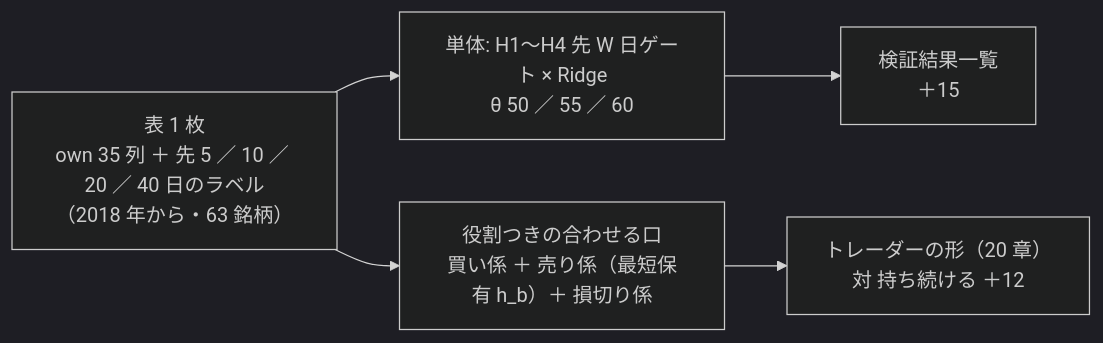
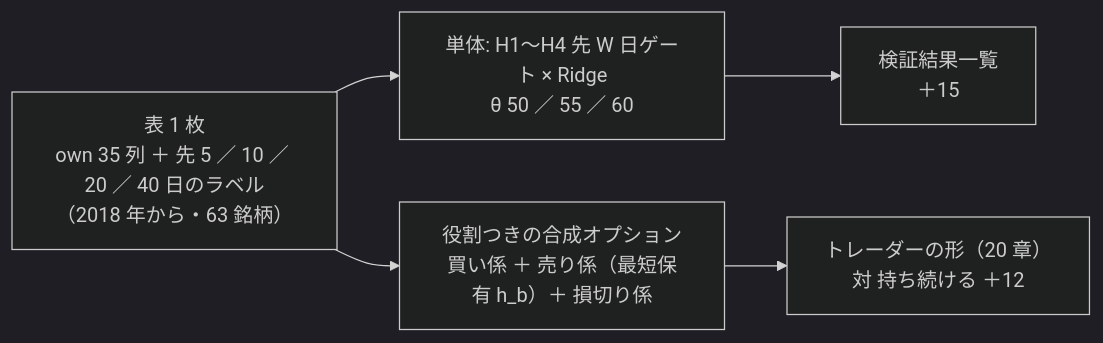
The second of 6 diagrams in docs/plans/trader-model-roles.md (akiraak/ai-income-lab), drawn with Mermaid (dark theme) before and after one commit. The commit also changed other lines of this file and 45 other files, not shown here.

````diff
--- a/docs/plans/trader-model-roles.md
+++ b/docs/plans/trader-model-roles.md
@@ -69,7 +69,7 @@
 ```mermaid
 flowchart LR
   T["表 1 枚<br/>own 35 列 ＋ 先 5 ／ 10 ／ 20 ／ 40 日のラベル<br/>（2018 年から・63 銘柄）"] --> H["単体: H1〜H4 先 W 日ゲート × Ridge<br/>θ 50 ／ 55 ／ 60"]
-  T --> M["役割つきの合わせる口<br/>買い係 ＋ 売り係（最短保有 h_b）＋ 損切り係"]
+  T --> M["役割つきの合成オプション<br/>買い係 ＋ 売り係（最短保有 h_b）＋ 損切り係"]
   H --> L["検証結果一覧<br/>＋15"]
   M --> J["トレーダーの形（20 章）<br/>対 持ち続ける ＋12"]
 ```
````
